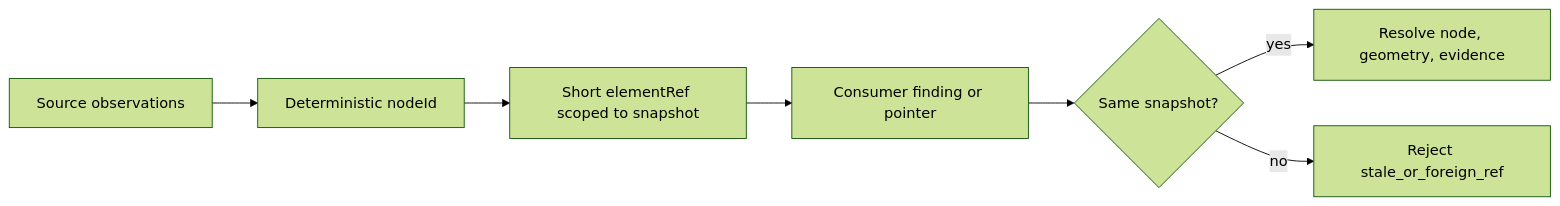
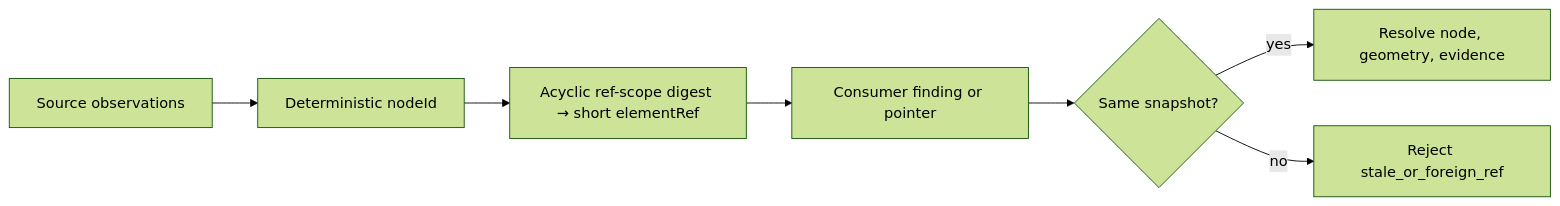
One commit to apatureai/lattice changed the seventh of 14 diagrams in ARCHITECTURE.md. Above: the diagram before and after it, drawn with Mermaid (forest theme). The commit also changed 6 other files, not shown here.

Commit message:
fix(graph): make snapshot refs acyclic (#50)

````diff
--- a/ARCHITECTURE.md
+++ b/ARCHITECTURE.md
@@ -202,9 +202,9 @@
 ```mermaid
 flowchart LR
   A["Source observations"] --> B["Deterministic nodeId"]
-  B --> C["Short elementRef scoped to snapshot"]
+  B --> C["Acyclic ref-scope digest → short elementRef"]
   C --> D["Consumer finding or pointer"]
   D --> E{"Same snapshot?"}
   E -- "yes" --> F["Resolve node, geometry, evidence"]
   E -- "no" --> G["Reject stale_or_foreign_ref"]
 ```
````
